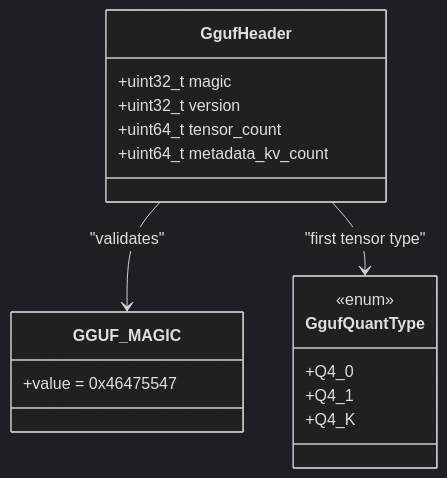
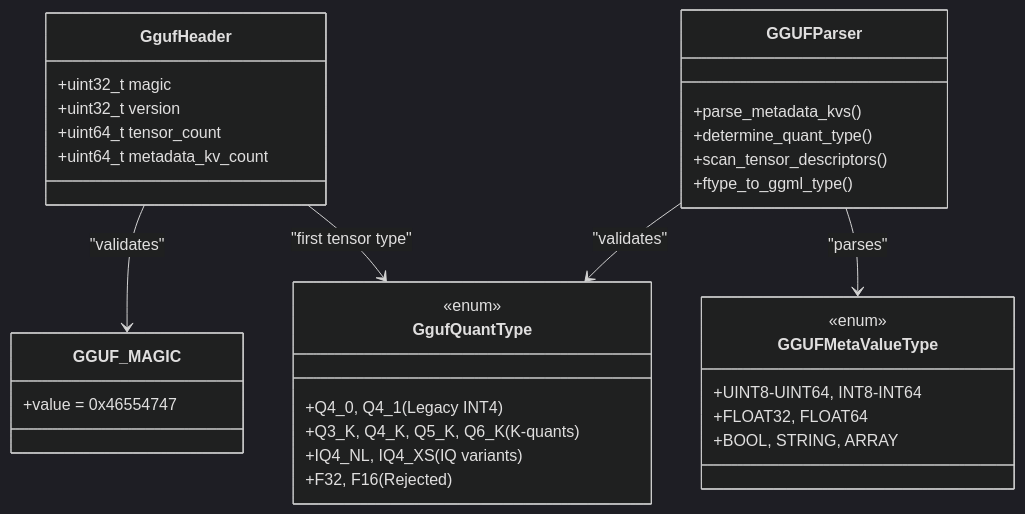
Before and after one commit to iMyth/QwenEcho: the fourth of 10 diagrams in .qoder/repowiki/en/content/Model Management System/Model Loader Core.md, drawn with Mermaid (dark theme). The commit also changed other lines of this file and 129 other files, not shown here.

````diff
--- a/.qoder/repowiki/en/content/Model Management System/Model Loader Core.md
+++ b/.qoder/repowiki/en/content/Model Management System/Model Loader Core.md
@@ -166,20 +196,35 @@
 ```mermaid
 classDiagram
 class GgufHeader {
 +uint32_t magic
 +uint32_t version
 +uint64_t tensor_count
 +uint64_t metadata_kv_count
 }
 class GgufQuantType {
 <<enum>>
-+Q4_0
-+Q4_1
-+Q4_K
++Q4_0, Q4_1 (Legacy INT4)
++Q3_K, Q4_K, Q5_K, Q6_K (K-quants)
++IQ4_NL, IQ4_XS (IQ variants)
++F32, F16 (Rejected)
 }
 class GGUF_MAGIC {
-+value = 0x46475547
++value = 0x46554747
+}
+class GGUFMetaValueType {
+<<enum>>
++UINT8-UINT64, INT8-INT64
++FLOAT32, FLOAT64
++BOOL, STRING, ARRAY
+}
+class GGUFParser {
++parse_metadata_kvs()
++determine_quant_type()
++scan_tensor_descriptors()
++ftype_to_ggml_type()
 }
 GgufHeader --> GGUF_MAGIC : "validates"
 GgufHeader --> GgufQuantType : "first tensor type"
+GGUFParser --> GGUFMetaValueType : "parses"
+GGUFParser --> GgufQuantType : "validates"
 ```
````
